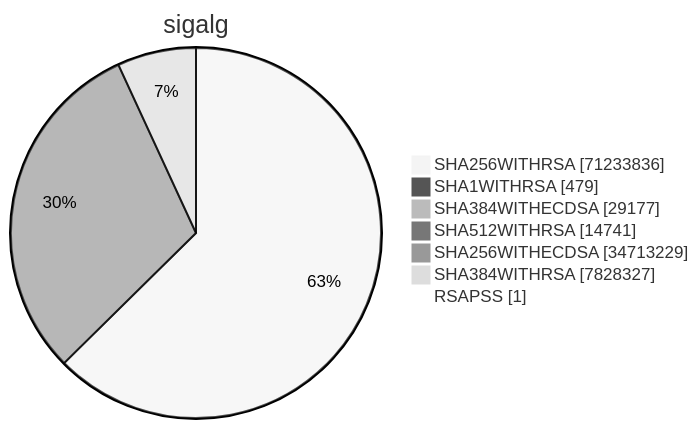
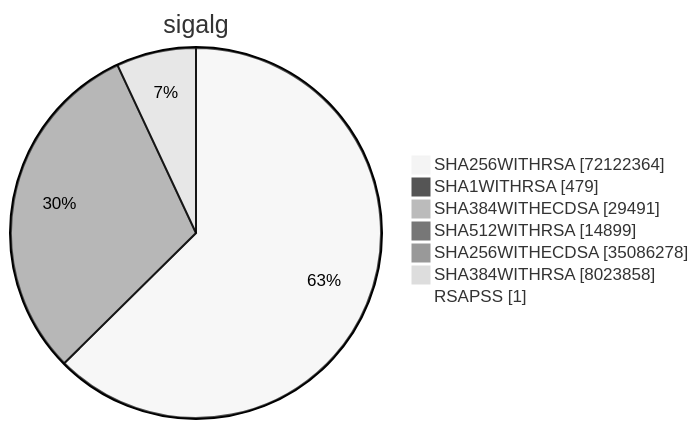
Diagram 15 of 15 in xenon2023/README.md (christiankrug/ctmonitor_visualization), drawn with Mermaid (neutral theme) before and after one commit. The commit also changed other lines of this file, not shown here.

````diff
--- a/xenon2023/README.md
+++ b/xenon2023/README.md
@@ -4519,11 +4523,11 @@
 ```mermaid
 pie showData
 title sigalg
-"SHA256WITHRSA" :71233836
+"SHA256WITHRSA" :72122364
 "SHA1WITHRSA" :479
-"SHA384WITHECDSA" :29177
-"SHA512WITHRSA" :14741
-"SHA256WITHECDSA" :34713229
-"SHA384WITHRSA" :7828327
+"SHA384WITHECDSA" :29491
+"SHA512WITHRSA" :14899
+"SHA256WITHECDSA" :35086278
+"SHA384WITHRSA" :8023858
 "RSAPSS" :1
 ```
````
